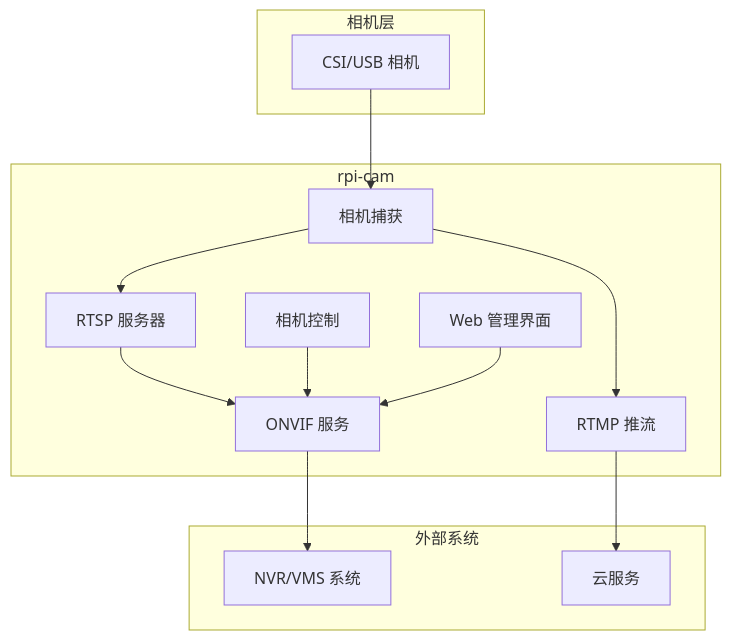
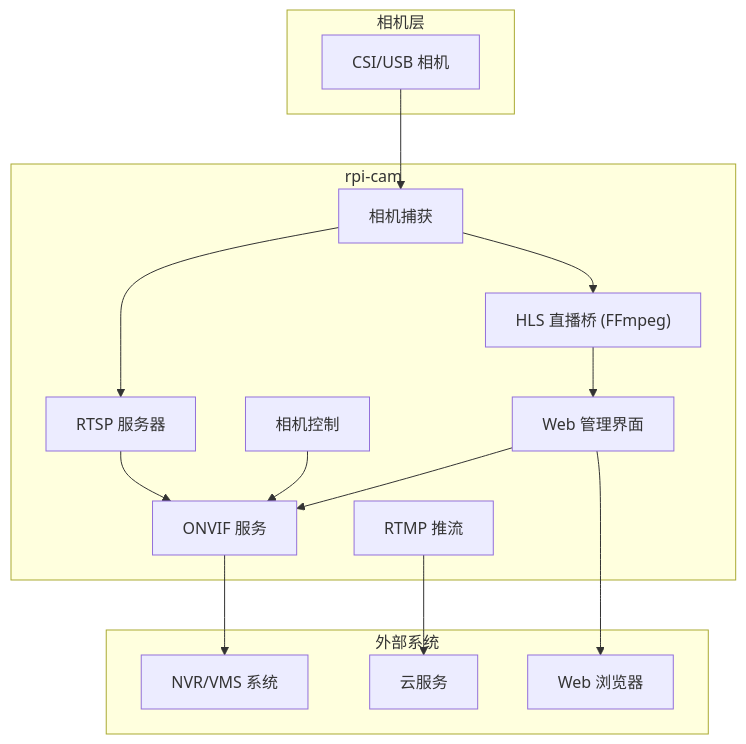
Before and after one commit to Mi-Bee-Studio/raspberrypi-camera: the diagram in README_zh.md, drawn with Mermaid. The commit also changed other lines of this file and 24 other files, not shown here.

First line of the commit message:
feat: HLS live streaming, Web Admin UI rewrite, doc updates

````diff
--- a/README_zh.md
+++ b/README_zh.md
@@ -114,29 +120,33 @@
 ```mermaid
 flowchart TB
     subgraph 相机层
         CAM["CSI/USB 相机"]
     end
 
     subgraph rpi-cam
         CAP["相机捕获"]
         RTSP["RTSP 服务器"]
+        HLS["HLS 直播桥 (FFmpeg) "]
         ONVIF["ONVIF 服务"]
         RTMP["RTMP 推流"]
         CTRL["相机控制"]
         WEBUI["Web 管理界面"]
     end
 
     subgraph 外部系统
         NVR["NVR/VMS 系统"]
         CLOUD["云服务"]
+        BROWSER["Web 浏览器"]
     end
 
     CAM --> CAP
     CAP --> RTSP
-    CAP --> RTMP
+    CAP --> HLS
     RTSP --> ONVIF
+    HLS --> WEBUI
     CTRL --> ONVIF
     WEBUI --> ONVIF
     ONVIF --> NVR
     RTMP --> CLOUD
+    WEBUI --> BROWSER
 ```
````
